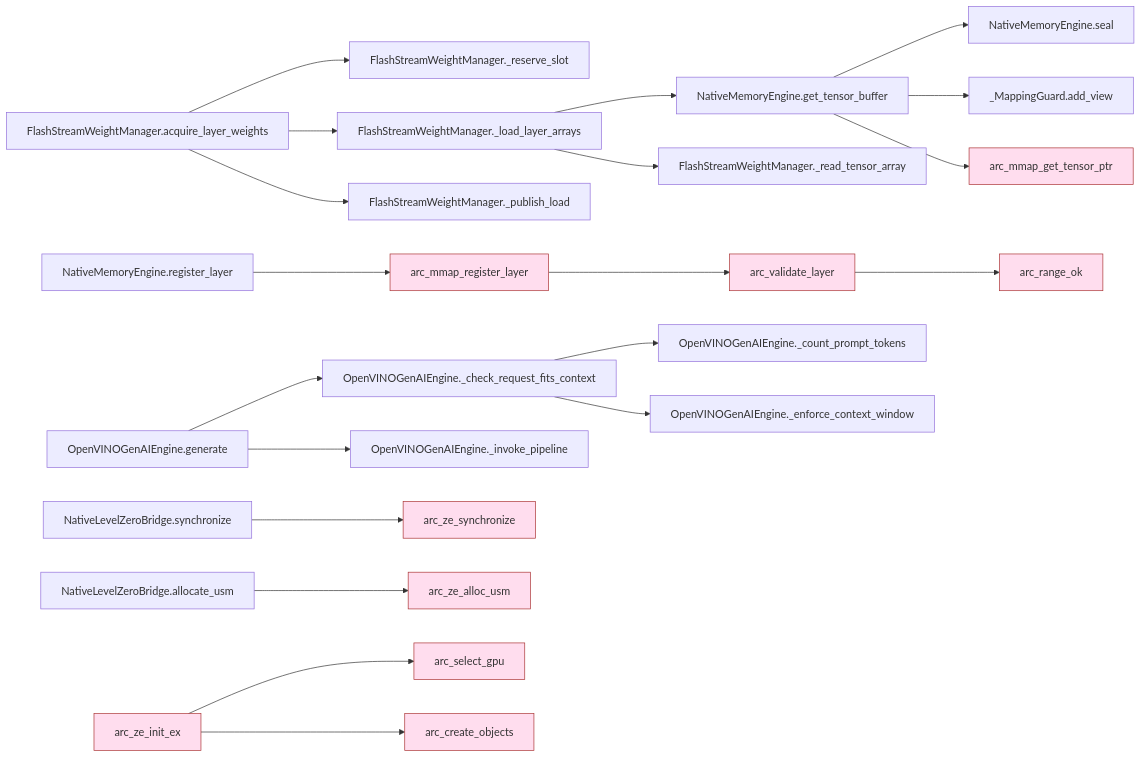
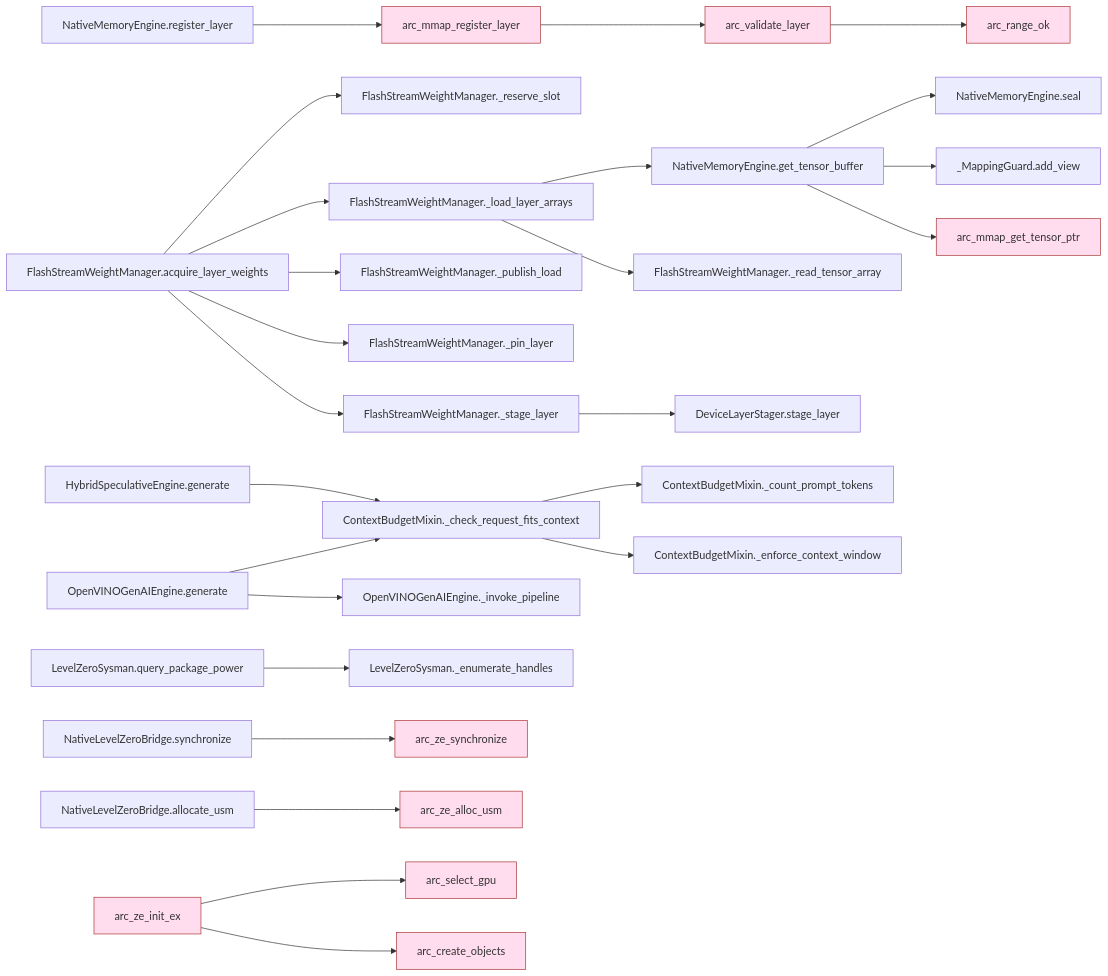
One commit to techdeveloper-org/intel-arc-models-runner changed the second of 2 diagrams in uml/call_graph_diagram.md. Above: the diagram before and after it, drawn with Mermaid. The commit also changed other lines of this file and 33 other files, not shown here.

First line of the commit message:
feat(sysman): measure package power, GPU frequency and free device memory (#42)

````diff
--- a/uml/call_graph_diagram.md
+++ b/uml/call_graph_diagram.md
@@ -95,48 +95,59 @@
 ```mermaid
 flowchart LR
     FlashStreamWeightManager_acquire_layer_weights["FlashStreamWeightManager.acquire_layer_weights"]
     FlashStreamWeightManager__reserve_slot["FlashStreamWeightManager._reserve_slot"]
     FlashStreamWeightManager__load_layer_arrays["FlashStreamWeightManager._load_layer_arrays"]
     FlashStreamWeightManager__publish_load["FlashStreamWeightManager._publish_load"]
     NativeMemoryEngine_get_tensor_buffer["NativeMemoryEngine.get_tensor_buffer"]
     FlashStreamWeightManager__read_tensor_array["FlashStreamWeightManager._read_tensor_array"]
     NativeMemoryEngine_seal["NativeMemoryEngine.seal"]
     _MappingGuard_add_view["_MappingGuard.add_view"]
     arc_mmap_get_tensor_ptr["arc_mmap_get_tensor_ptr"]:::c
     NativeMemoryEngine_register_layer["NativeMemoryEngine.register_layer"]
     arc_mmap_register_layer["arc_mmap_register_layer"]:::c
     arc_validate_layer["arc_validate_layer"]:::c
     arc_range_ok["arc_range_ok"]:::c
     OpenVINOGenAIEngine_generate["OpenVINOGenAIEngine.generate"]
-    OpenVINOGenAIEngine__check_request_fits_context["OpenVINOGenAIEngine._check_request_fits_context"]
-    OpenVINOGenAIEngine__count_prompt_tokens["OpenVINOGenAIEngine._count_prompt_tokens"]
-    OpenVINOGenAIEngine__enforce_context_window["OpenVINOGenAIEngine._enforce_context_window"]
+    ContextBudgetMixin__check_request_fits_context["ContextBudgetMixin._check_request_fits_context"]
+    ContextBudgetMixin__count_prompt_tokens["ContextBudgetMixin._count_prompt_tokens"]
+    ContextBudgetMixin__enforce_context_window["ContextBudgetMixin._enforce_context_window"]
+    HybridSpeculativeEngine_generate["HybridSpeculativeEngine.generate"]
+    FlashStreamWeightManager__pin_layer["FlashStreamWeightManager._pin_layer"]
+    FlashStreamWeightManager__stage_layer["FlashStreamWeightManager._stage_layer"]
+    DeviceLayerStager_stage_layer["DeviceLayerStager.stage_layer"]
+    LevelZeroSysman_query_package_power["LevelZeroSysman.query_package_power"]
+    LevelZeroSysman__enumerate_handles["LevelZeroSysman._enumerate_handles"]
     OpenVINOGenAIEngine__invoke_pipeline["OpenVINOGenAIEngine._invoke_pipeline"]
     NativeLevelZeroBridge_synchronize["NativeLevelZeroBridge.synchronize"]
     arc_ze_synchronize["arc_ze_synchronize"]:::c
     NativeLevelZeroBridge_allocate_usm["NativeLevelZeroBridge.allocate_usm"]
     arc_ze_alloc_usm["arc_ze_alloc_usm"]:::c
     arc_ze_init_ex["arc_ze_init_ex"]:::c
     arc_select_gpu["arc_select_gpu"]:::c
     arc_create_objects["arc_create_objects"]:::c
     FlashStreamWeightManager_acquire_layer_weights --> FlashStreamWeightManager__reserve_slot
     FlashStreamWeightManager_acquire_layer_weights --> FlashStreamWeightManager__load_layer_arrays
     FlashStreamWeightManager_acquire_layer_weights --> FlashStreamWeightManager__publish_load
     FlashStreamWeightManager__load_layer_arrays --> NativeMemoryEngine_get_tensor_buffer
     FlashStreamWeightManager__load_layer_arrays --> FlashStreamWeightManager__read_tensor_array
     NativeMemoryEngine_get_tensor_buffer --> NativeMemoryEngine_seal
     NativeMemoryEngine_get_tensor_buffer --> _MappingGuard_add_view
     NativeMemoryEngine_get_tensor_buffer --> arc_mmap_get_tensor_ptr
     NativeMemoryEngine_register_layer --> arc_mmap_register_layer
     arc_mmap_register_layer --> arc_validate_layer
     arc_validate_layer --> arc_range_ok
-    OpenVINOGenAIEngine_generate --> OpenVINOGenAIEngine__check_request_fits_context
-    OpenVINOGenAIEngine__check_request_fits_context --> OpenVINOGenAIEngine__count_prompt_tokens
-    OpenVINOGenAIEngine__check_request_fits_context --> OpenVINOGenAIEngine__enforce_context_window
+    OpenVINOGenAIEngine_generate --> ContextBudgetMixin__check_request_fits_context
+    ContextBudgetMixin__check_request_fits_context --> ContextBudgetMixin__count_prompt_tokens
+    ContextBudgetMixin__check_request_fits_context --> ContextBudgetMixin__enforce_context_window
+    HybridSpeculativeEngine_generate --> ContextBudgetMixin__check_request_fits_context
+    FlashStreamWeightManager_acquire_layer_weights --> FlashStreamWeightManager__pin_layer
+    FlashStreamWeightManager_acquire_layer_weights --> FlashStreamWeightManager__stage_layer
+    FlashStreamWeightManager__stage_layer --> DeviceLayerStager_stage_layer
+    LevelZeroSysman_query_package_power --> LevelZeroSysman__enumerate_handles
     OpenVINOGenAIEngine_generate --> OpenVINOGenAIEngine__invoke_pipeline
     NativeLevelZeroBridge_synchronize --> arc_ze_synchronize
     NativeLevelZeroBridge_allocate_usm --> arc_ze_alloc_usm
     arc_ze_init_ex --> arc_select_gpu
     arc_ze_init_ex --> arc_create_objects
     classDef c fill:#fde,stroke:#a33
 ```
````
